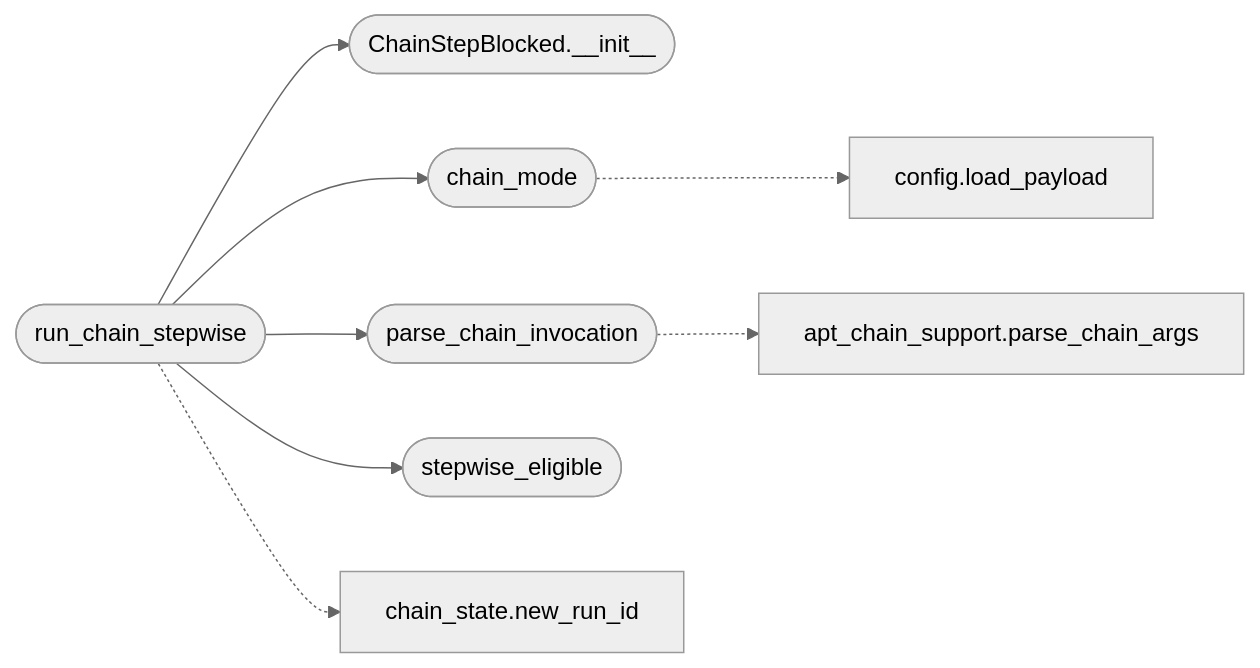
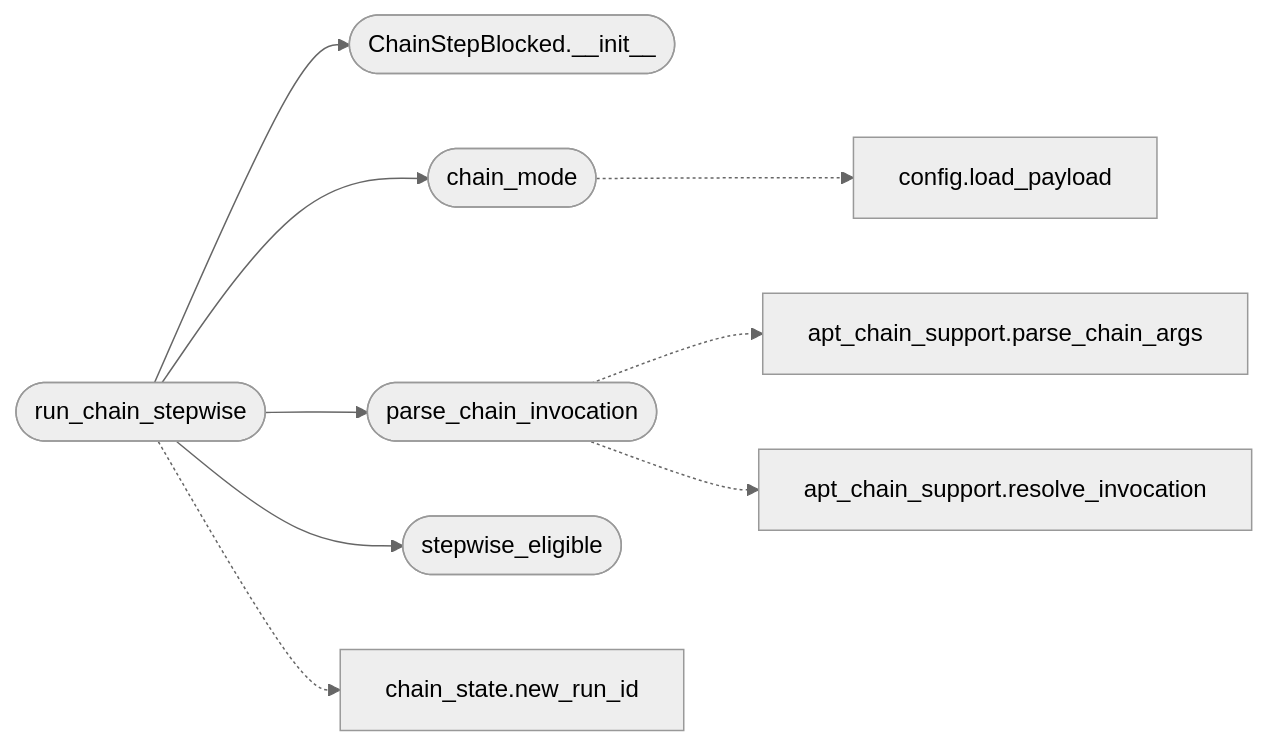
One commit to grisuno/LazyOwn changed the second of 2 diagrams in readmenator-apidocs/modules/modules.chain_loop.py.md. Above: the diagram before and after it, drawn with Mermaid (neutral theme). The commit also changed other lines of this file and 434 other files, not shown here.

````diff
--- a/readmenator-apidocs/modules/modules.chain_loop.py.md
+++ b/readmenator-apidocs/modules/modules.chain_loop.py.md
@@ -45,18 +45,20 @@
 ```mermaid
 flowchart LR
     n_modules_chain_loop_py__run_chain_stepwise(["run_chain_stepwise"])
     n_modules_chain_loop_py__ChainStepBlocked___init__(["ChainStepBlocked.__init__"])
     n_modules_chain_loop_py__chain_mode(["chain_mode"])
     n_modules_chain_loop_py__parse_chain_invocation(["parse_chain_invocation"])
     n_modules_chain_loop_py__stepwise_eligible(["stepwise_eligible"])
     n_core_config_py__load_payload["config.load_payload"]
     n_cli_apt_chain_support_py__parse_chain_args["apt_chain_support.parse_chain_args"]
+    n_cli_apt_chain_support_py__resolve_invocation["apt_chain_support.resolve_invocation"]
     n_modules_chain_state_py__new_run_id["chain_state.new_run_id"]
     n_modules_chain_loop_py__run_chain_stepwise --> n_modules_chain_loop_py__ChainStepBlocked___init__
     n_modules_chain_loop_py__run_chain_stepwise --> n_modules_chain_loop_py__chain_mode
     n_modules_chain_loop_py__run_chain_stepwise --> n_modules_chain_loop_py__parse_chain_invocation
     n_modules_chain_loop_py__run_chain_stepwise --> n_modules_chain_loop_py__stepwise_eligible
     n_modules_chain_loop_py__chain_mode -.-> n_core_config_py__load_payload
     n_modules_chain_loop_py__parse_chain_invocation -.-> n_cli_apt_chain_support_py__parse_chain_args
+    n_modules_chain_loop_py__parse_chain_invocation -.-> n_cli_apt_chain_support_py__resolve_invocation
     n_modules_chain_loop_py__run_chain_stepwise -.-> n_modules_chain_state_py__new_run_id
 ```
````
